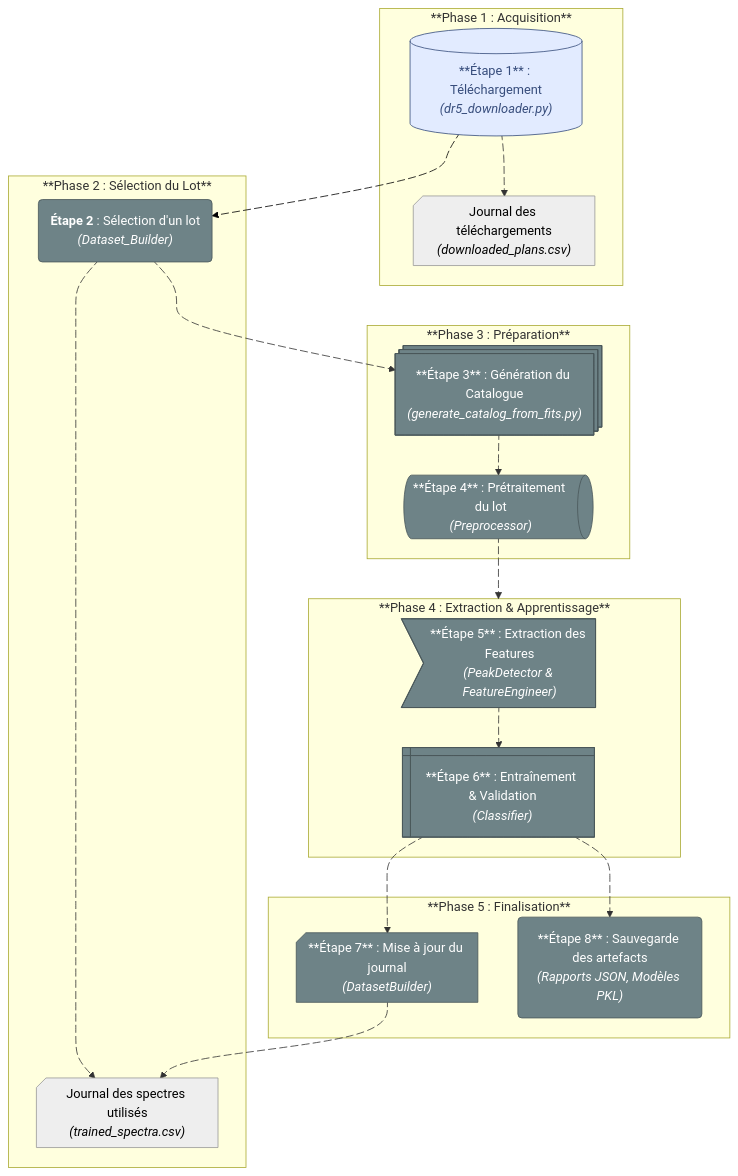
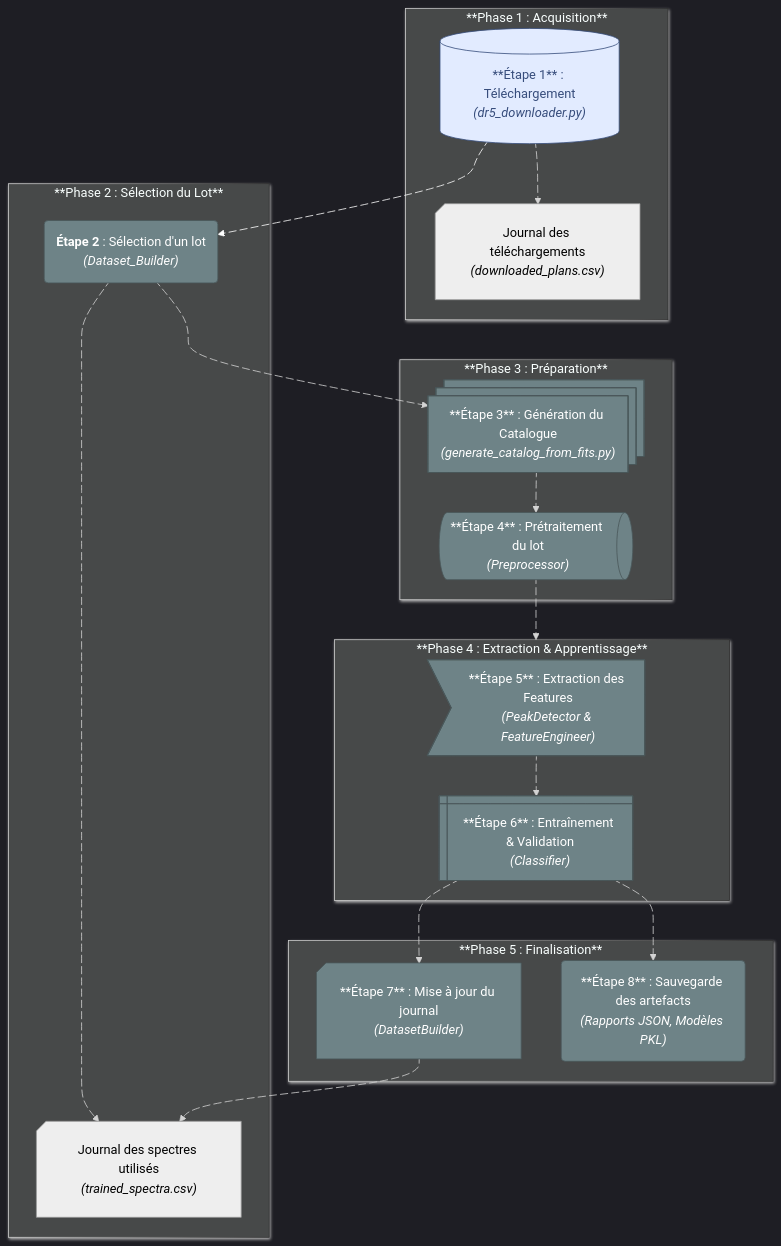
Before and after one commit to PhD-Brown/AstroSpectro: the diagram in website/docs/concepts/pipeline-overview.mdx, drawn with Mermaid. The commit also changed 11 other files, not shown here.

````diff
--- a/website/docs/concepts/pipeline-overview.mdx
+++ b/website/docs/concepts/pipeline-overview.mdx
@@ -24,6 +24,8 @@
 ---
 config:
   layout: fixed
+  theme: dark
+  look: neo
 ---
 flowchart TD
  subgraph subGraph0["**Phase 1 : Acquisition**"]
@@ -81,12 +83,16 @@
     classDef blue fill:#A4B8C4, stroke:#506070, color:#223040
     classDef gray fill:#6E8387, stroke:#49575a, color:#ffffff
     click DL "https://github.com/PhD-Brown/AstroSpectro/blob/main/src/tools/dr5_downloader.py"
+    click LOGS "https://github.com/PhD-Brown/AstroSpectro/blob/main/data/catalog/downloaded_plans.csv"
     click SEL "https://github.com/PhD-Brown/AstroSpectro/blob/main/src/tools/dataset_builder.py"
+    click SELLOG "https://github.com/PhD-Brown/AstroSpectro/blob/main/data/catalog/trained_spectra.csv"
     click CATALOG "https://github.com/PhD-Brown/AstroSpectro/blob/main/src/tools/generate_catalog_from_fits.py"
     click PREPROC "https://github.com/PhD-Brown/AstroSpectro/blob/main/src/pipeline/preprocessor.py"
     click FEAT "https://github.com/PhD-Brown/AstroSpectro/blob/main/src/pipeline/peak_detector.py"
     click TRAIN "https://github.com/PhD-Brown/AstroSpectro/blob/main/src/pipeline/classifier.py"
-    linkStyle 1 stroke:#000000,fill:none
+    click UPDLOG "https://github.com/PhD-Brown/AstroSpectro/blob/main/src/tools/dataset_builder.py"
+    click REPORTS "https://github.com/PhD-Brown/AstroSpectro/tree/main/data/models"
+    linkStyle 1 stroke:#FFFFFF,fill:none
     L_DL_LOGS_0@{ animation: slow } 
     L_DL_SEL_0@{ animation: slow } 
     L_SEL_SELLOG_0@{ animation: slow } 
@@ -97,4 +103,5 @@
     L_TRAIN_REPORTS_0@{ animation: slow } 
     L_UPDLOG_SELLOG_0@{ animation: slow } 
     L_PREPROC_subGraph3_0@{ animation: slow }
+
 ```
````
